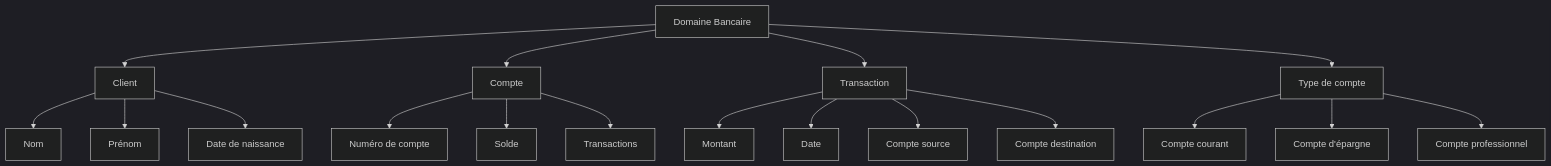
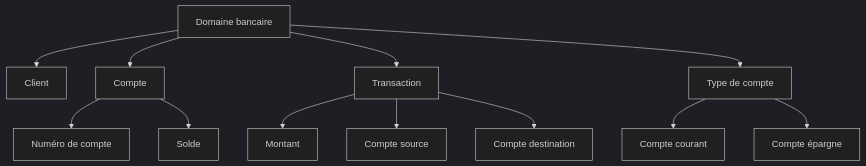
Before and after one commit to Tan-Software/domain-driven-design: the first of 11 diagrams in README.md, drawn with Mermaid (dark theme). The commit also changed other lines of this file, not shown here.

````diff
--- a/README.md
+++ b/README.md
@@ -63,21 +52,15 @@
 ```mermaid
 graph TD
-  A[Domaine Bancaire]
+  A[Domaine bancaire]
   A --> B[Client]
   A --> C[Compte]
   A --> D[Transaction]
   A --> E[Type de compte]
-  B --> F[Nom]
-  B --> G[Prénom]
-  B --> H[Date de naissance]
   C --> I[Numéro de compte]
   C --> J[Solde]
-  C --> K[Transactions]
   D --> L[Montant]
-  D --> M[Date]
   D --> N[Compte source]
   D --> O[Compte destination]
   E --> P[Compte courant]
-  E --> Q[Compte d'épargne]
-  E --> R[Compte professionnel]
+  E --> Q[Compte épargne]
 ```
````
